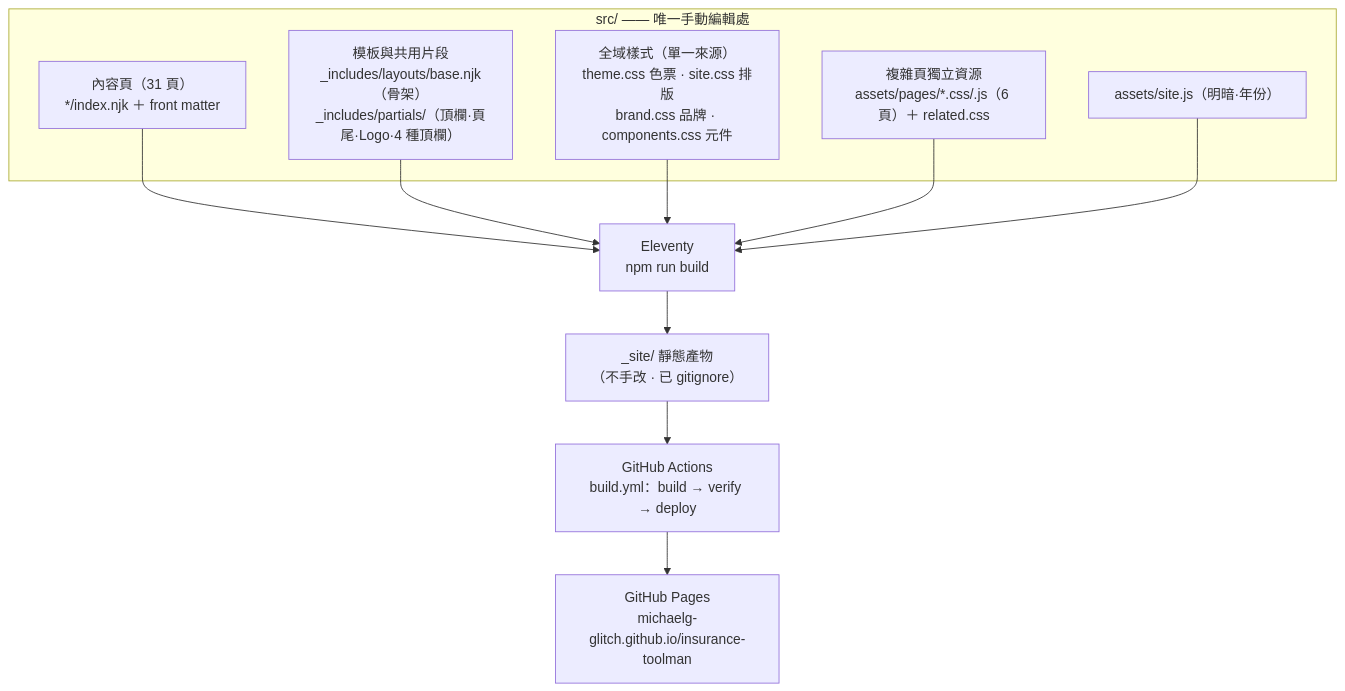
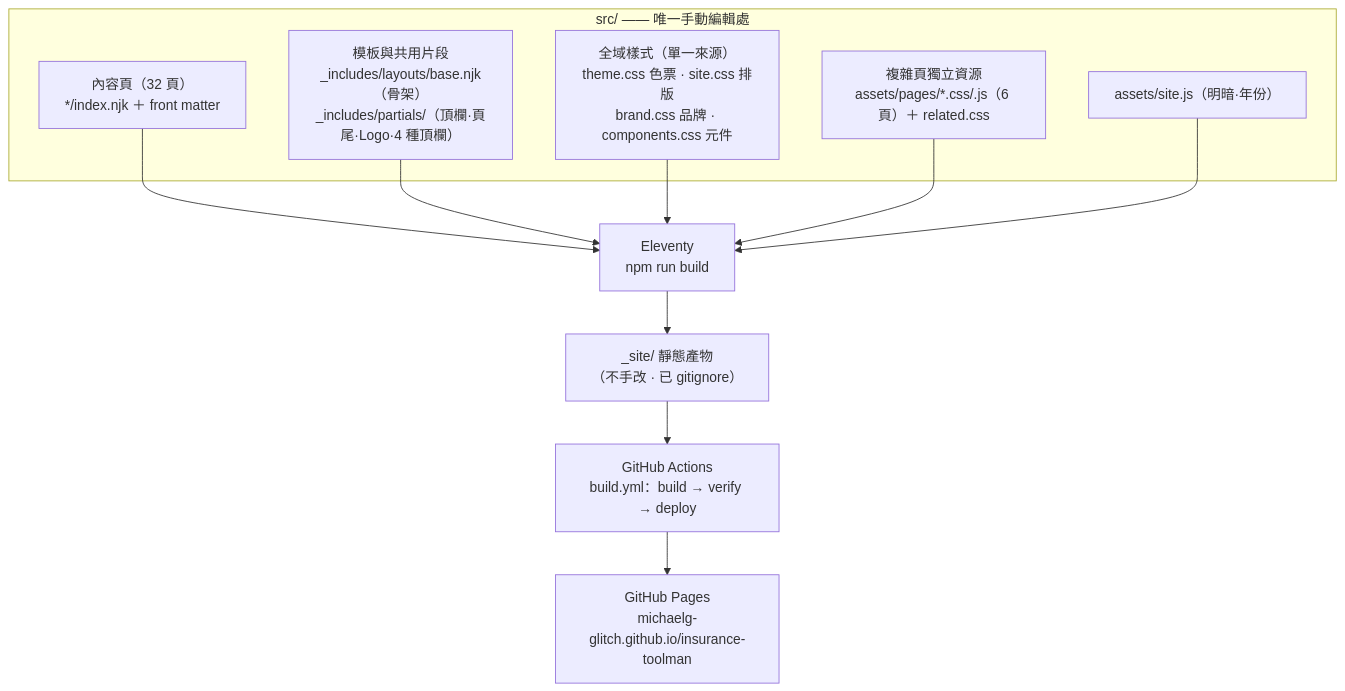
The diagram in ARCHITECTURE.md (MichaelG-glitch/insurance-toolman), drawn with Mermaid before and after one commit. The commit also changed other lines of this file and 12 other files, not shown here.

````diff
--- a/ARCHITECTURE.md
+++ b/ARCHITECTURE.md
@@ -52,20 +53,20 @@
 ```mermaid
 flowchart TB
   subgraph src["src/ —— 唯一手動編輯處"]
-    content["內容頁（31 頁）<br/>*/index.njk ＋ front matter"]
+    content["內容頁（32 頁）<br/>*/index.njk ＋ front matter"]
     tmpl["模板與共用片段<br/>_includes/layouts/base.njk（骨架）<br/>_includes/partials/（頂欄·頁尾·Logo·4 種頂欄）"]
     css["全域樣式（單一來源）<br/>theme.css 色票 · site.css 排版<br/>brand.css 品牌 · components.css 元件"]
     pagecss["複雜頁獨立資源<br/>assets/pages/*.css/.js（6 頁）＋ related.css"]
     js["assets/site.js（明暗·年份）"]
   end
   build["Eleventy<br/>npm run build"]
   out["_site/ 靜態產物<br/>（不手改 · 已 gitignore）"]
   ci["GitHub Actions<br/>build.yml：build → verify → deploy"]
   live["GitHub Pages<br/>michaelg-glitch.github.io/insurance-toolman"]
   content --> build
   tmpl --> build
   css --> build
   pagecss --> build
   js --> build
   build --> out --> ci --> live
 ```
````
